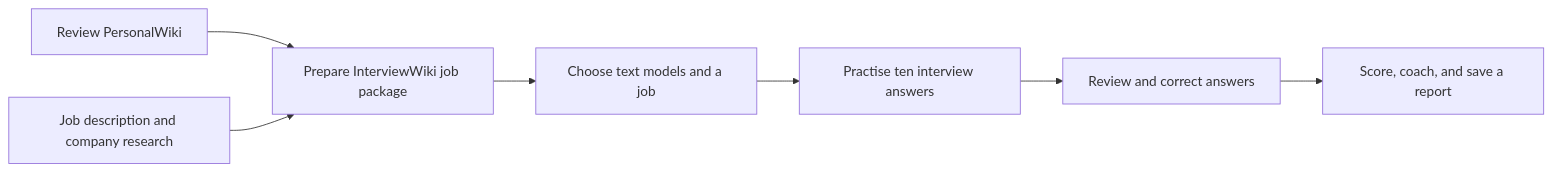
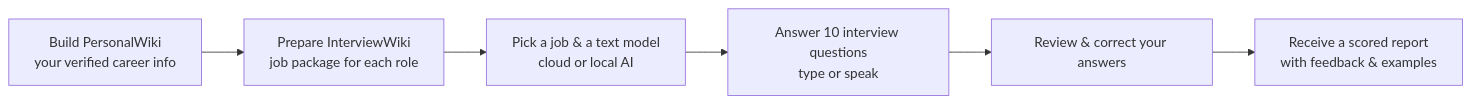
One commit to NinjaRoboticsEducation/InterviewSimulator changed the diagram in README.md. Above: the diagram before and after it, drawn with Mermaid. The commit also changed other lines of this file and 7 other files, not shown here.

````diff
--- a/README.md
+++ b/README.md
@@ -13,9 +17,8 @@
 ```mermaid
 flowchart LR
-    P[Review PersonalWiki] --> W[Prepare InterviewWiki job package]
-    J[Job description and company research] --> W
-    W --> C[Choose text models and a job]
-    C --> I[Practise ten interview answers]
-    I --> R[Review and correct answers]
-    R --> E[Score, coach, and save a report]
+    A["Build PersonalWiki<br/>your verified career info"] --> B["Prepare InterviewWiki<br/>job package for each role"]
+    B --> C["Pick a job & a text model<br/>cloud or local AI"]
+    C --> D["Answer 10 interview questions<br/>type or speak"]
+    D --> E["Review & correct your answers"]
+    E --> F["Receive a scored report<br/>with feedback & examples"]
 ```
````
